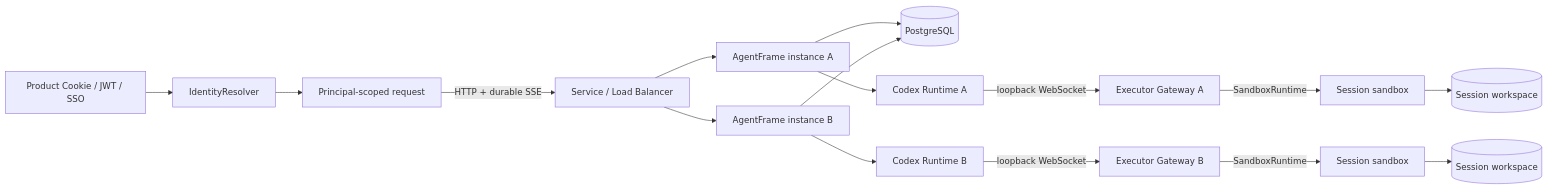
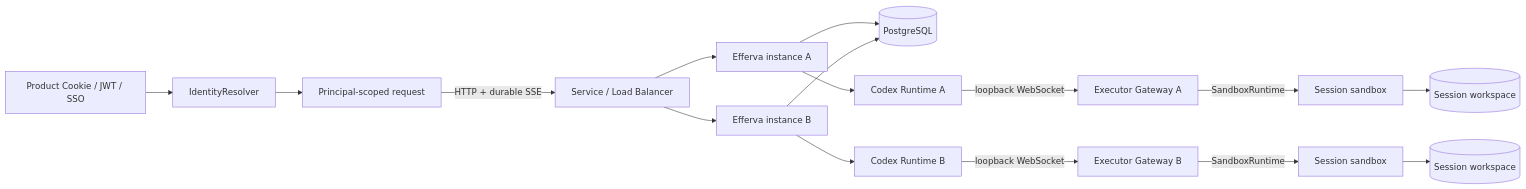
Before and after one commit to tinypoint/Efferva: the diagram in docs/architecture.md, drawn with Mermaid. The commit also changed other lines of this file and 142 other files, not shown here.

````diff
--- a/docs/architecture.md
+++ b/docs/architecture.md
@@ -5,18 +5,18 @@
 ```mermaid
 flowchart LR
   I["Product Cookie / JWT / SSO"] --> R["IdentityResolver"]
   R --> B["Principal-scoped request"]
   B -->|"HTTP + durable SSE"| L["Service / Load Balancer"]
-  L --> A1["AgentFrame instance A"]
-  L --> A2["AgentFrame instance B"]
+  L --> A1["Efferva instance A"]
+  L --> A2["Efferva instance B"]
   A1 --> P[("PostgreSQL")]
   A2 --> P
   A1 --> R1["Codex Runtime A"]
   A2 --> R2["Codex Runtime B"]
   R1 -->|"loopback WebSocket"| G1["Executor Gateway A"]
   R2 -->|"loopback WebSocket"| G2["Executor Gateway B"]
   G1 -->|"SandboxRuntime"| S1["Session sandbox"]
   G2 -->|"SandboxRuntime"| S2["Session sandbox"]
   S1 --> W1[("Session workspace")]
   S2 --> W2[("Session workspace")]
 ```
````
